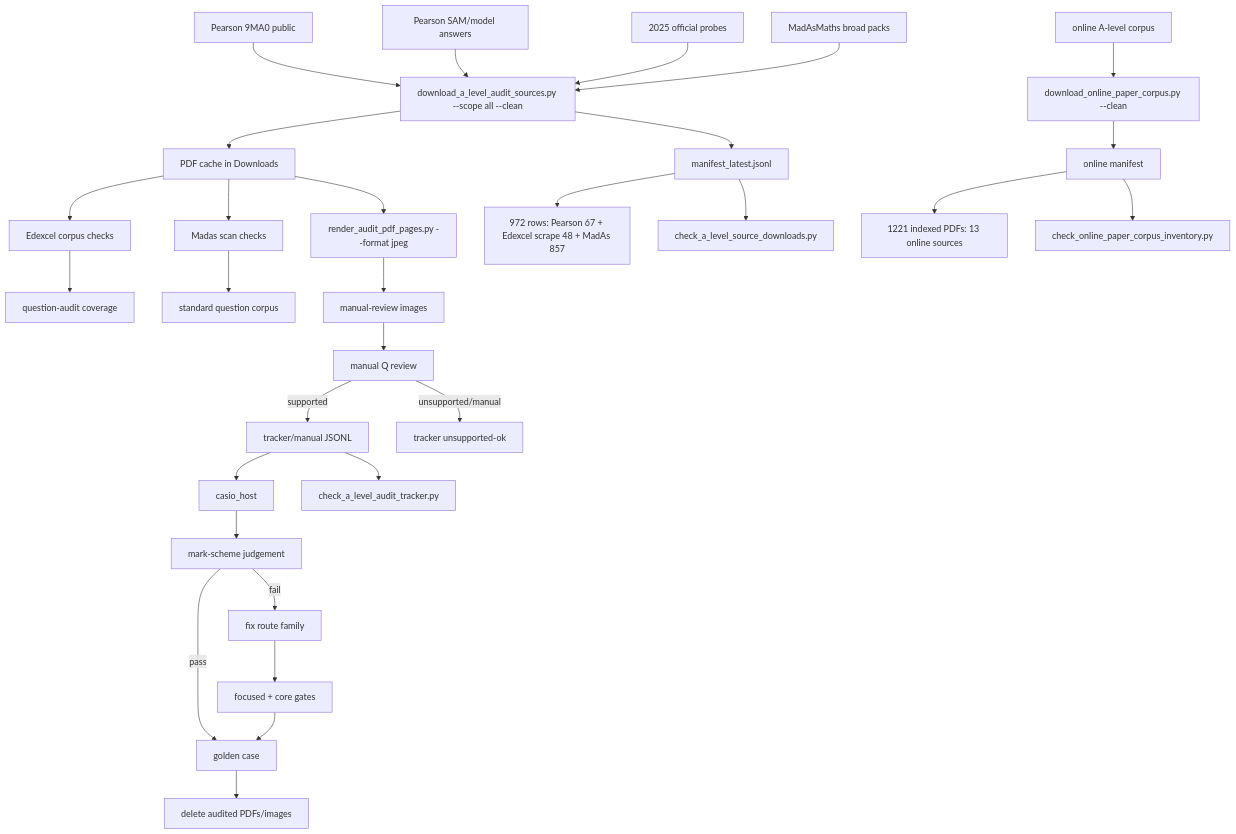
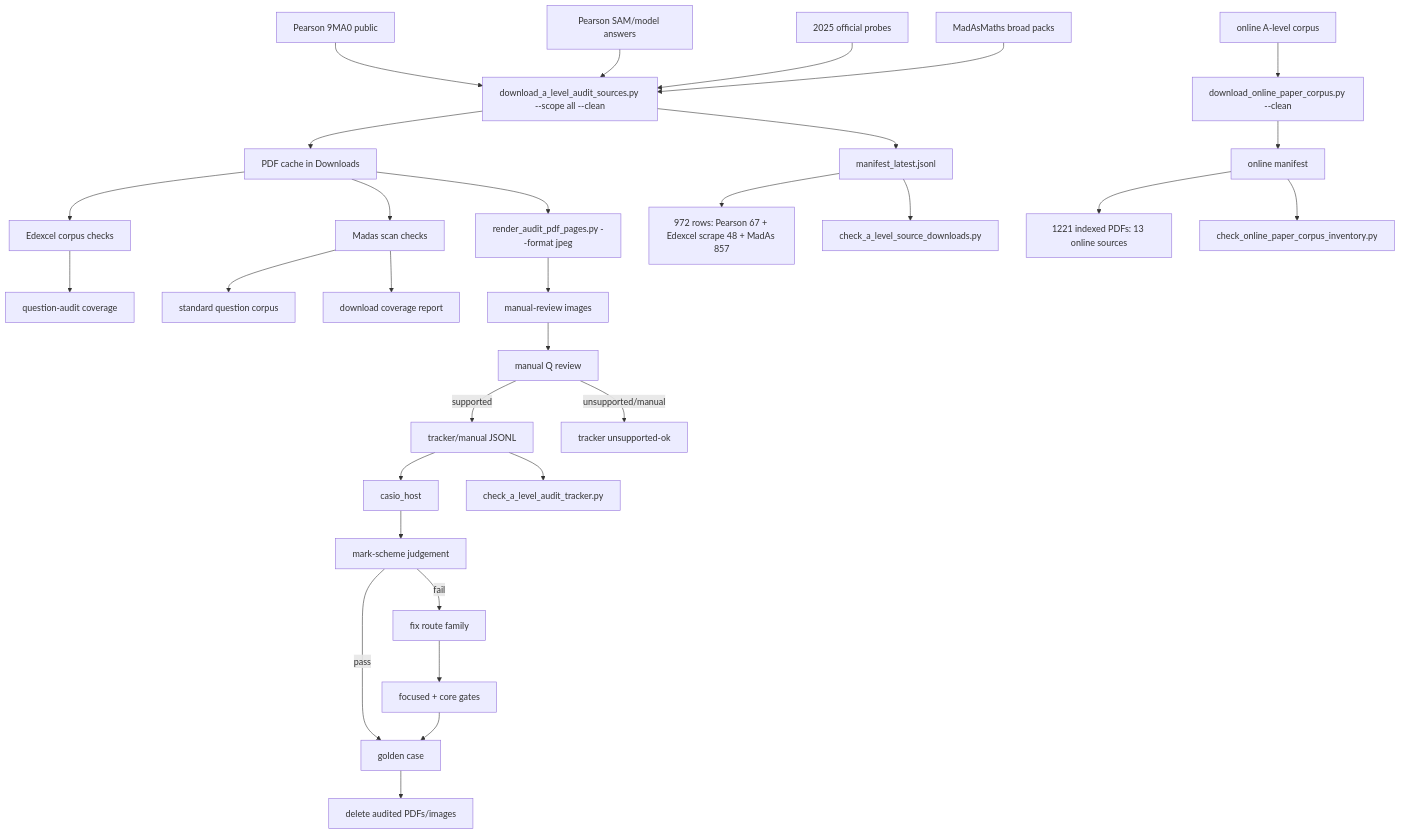
Before and after one commit to james8464/notes-addin-casio-fx-cg50: the diagram in c++/tools/golden/a_level_audit_graph.md, drawn with Mermaid. The commit also changed other lines of this file and 4 other files, not shown here.

Commit message:
Track Madas download audit coverage

````diff
--- a/c++/tools/golden/a_level_audit_graph.md
+++ b/c++/tools/golden/a_level_audit_graph.md
@@ -3,32 +3,33 @@
 ```mermaid
 graph TD
   E1["Pearson 9MA0 public"] --> D["download_a_level_audit_sources.py --scope all --clean"]
   E2["Pearson SAM/model answers"] --> D
   E3["2025 official probes"] --> D
   M1["MadAsMaths broad packs"] --> D
   O1["online A-level corpus"] --> OD["download_online_paper_corpus.py --clean"]
   D --> P["PDF cache in Downloads"]
   D --> X["manifest_latest.jsonl"]
   OD --> OX["online manifest"]
   X --> XC["972 rows: Pearson 67 + Edexcel scrape 48 + MadAs 857"]
   OX --> OC["1221 indexed PDFs: 13 online sources"]
   X --> V["check_a_level_source_downloads.py"]
   OX --> OV["check_online_paper_corpus_inventory.py"]
   P --> E["Edexcel corpus checks"]
   E --> EQ["question-audit coverage"]
   P --> S["Madas scan checks"]
   S --> M["standard question corpus"]
+  S --> MC["download coverage report"]
   P --> R["render_audit_pdf_pages.py --format jpeg"]
   R --> I["manual-review images"]
   I --> Q["manual Q review"]
   Q -->|supported| J["tracker/manual JSONL"]
   Q -->|unsupported/manual| U["tracker unsupported-ok"]
   J --> H["casio_host"]
   J --> K["check_a_level_audit_tracker.py"]
   H --> C["mark-scheme judgement"]
   C -->|pass| G["golden case"]
   C -->|fail| F["fix route family"]
   F --> T["focused + core gates"]
   T --> G
   G --> Z["delete audited PDFs/images"]
 ```
````
